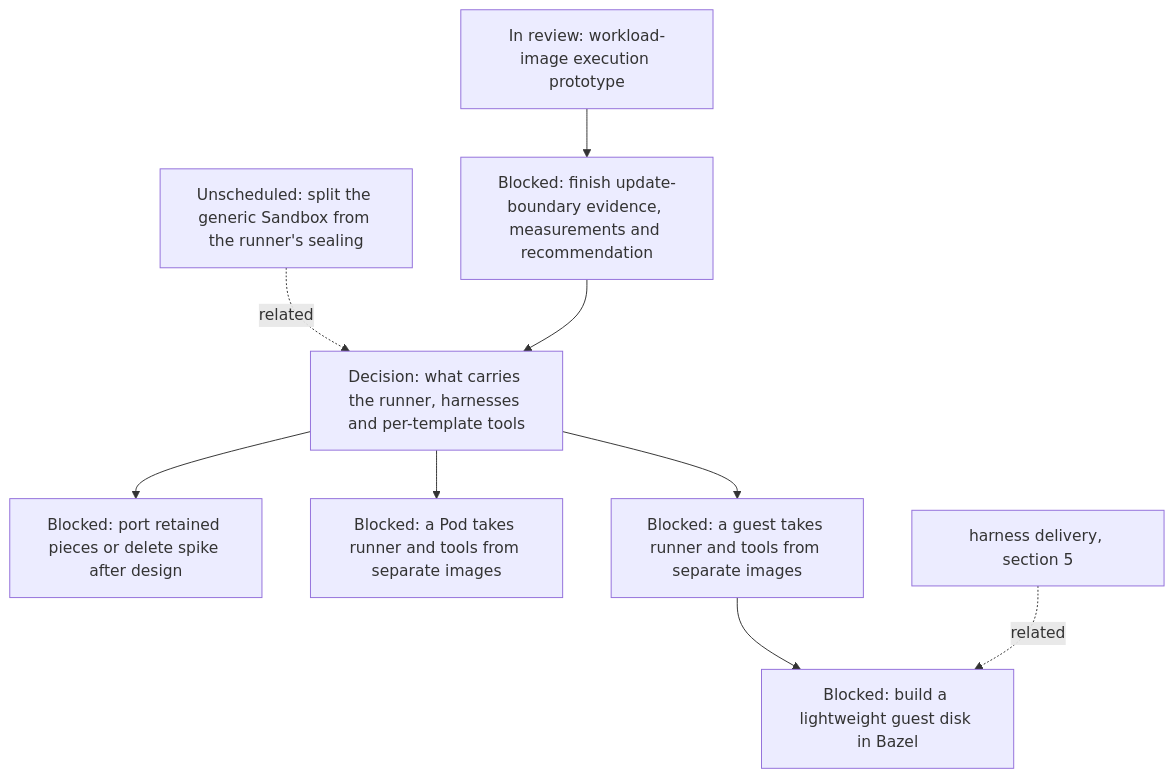
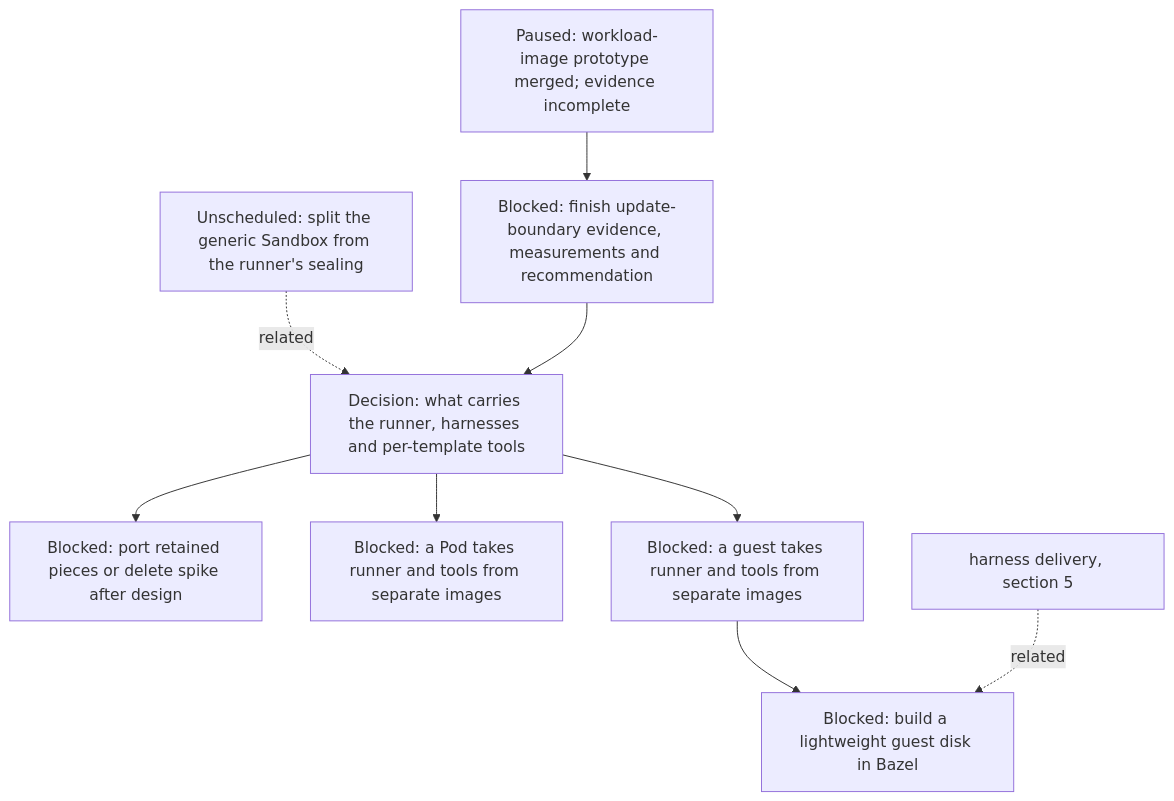
Before and after one commit to agentydragon-agent/ducktape: diagram 11 of 16 in agentplane/plans/task_dag.md, drawn with Mermaid. The commit also changed other lines of this file and 18 other files, not shown here.

````diff
--- a/agentplane/plans/task_dag.md
+++ b/agentplane/plans/task_dag.md
@@ -1012,16 +1046,16 @@
 ```mermaid
 flowchart TD
     SANDBOX_GENERIC_SPLIT[Unscheduled: split the generic Sandbox from the runner's sealing]
     RUNNER_IMAGE_LAYERING_DESIGN[Decision: what carries the runner, harnesses and per-template tools]
-    RUNNER_LAYERING_SPIKE[In review: workload-image execution prototype]
+    RUNNER_LAYERING_SPIKE[Paused: workload-image prototype merged; evidence incomplete]
     RUNNER_LAYERING_SPIKE_EXIT[Blocked: finish update-boundary evidence, measurements and recommendation]
     RUNNER_LAYERING_SPIKE_RETIRE[Blocked: port retained pieces or delete spike after design]
     SANDBOX_GENERIC_SPLIT -. related .-> RUNNER_IMAGE_LAYERING_DESIGN
     RUNNER_LAYERING_SPIKE --> RUNNER_LAYERING_SPIKE_EXIT
     RUNNER_LAYERING_SPIKE_EXIT --> RUNNER_IMAGE_LAYERING_DESIGN
     RUNNER_IMAGE_LAYERING_DESIGN --> RUNNER_LAYERING_SPIKE_RETIRE
     RUNNER_IMAGE_LAYERING_DESIGN --> RUNNER_LAYERING_POD[Blocked: a Pod takes runner and tools from separate images]
     RUNNER_IMAGE_LAYERING_DESIGN --> RUNNER_LAYERING_VM[Blocked: a guest takes runner and tools from separate images]
     RUNNER_LAYERING_VM --> K3S_VM_IMAGE[Blocked: build a lightweight guest disk in Bazel]
     RUNNER_HARNESS_DELIVERY_DESIGN[harness delivery, section 5] -. related .-> K3S_VM_IMAGE
 ```
````
